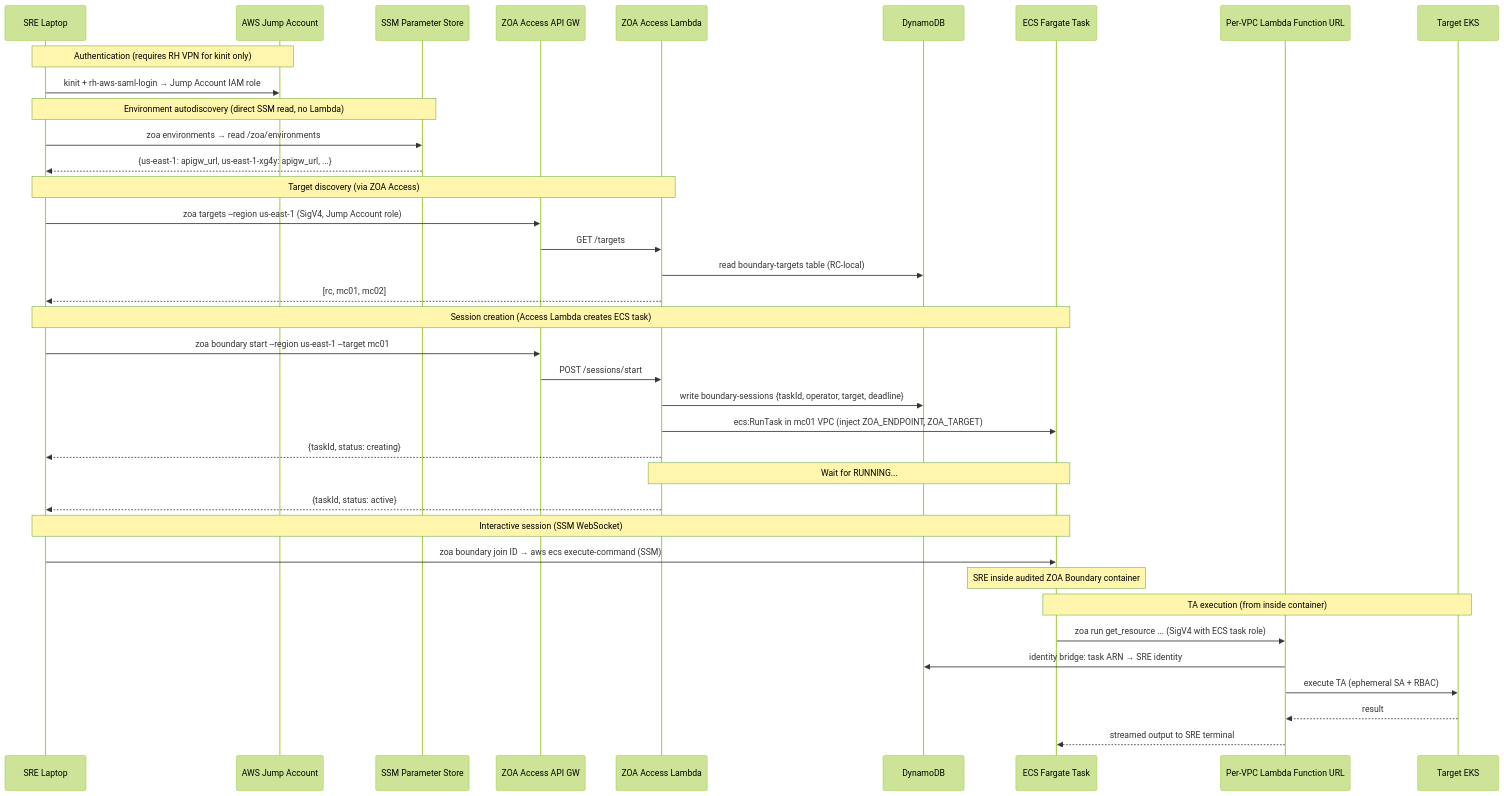
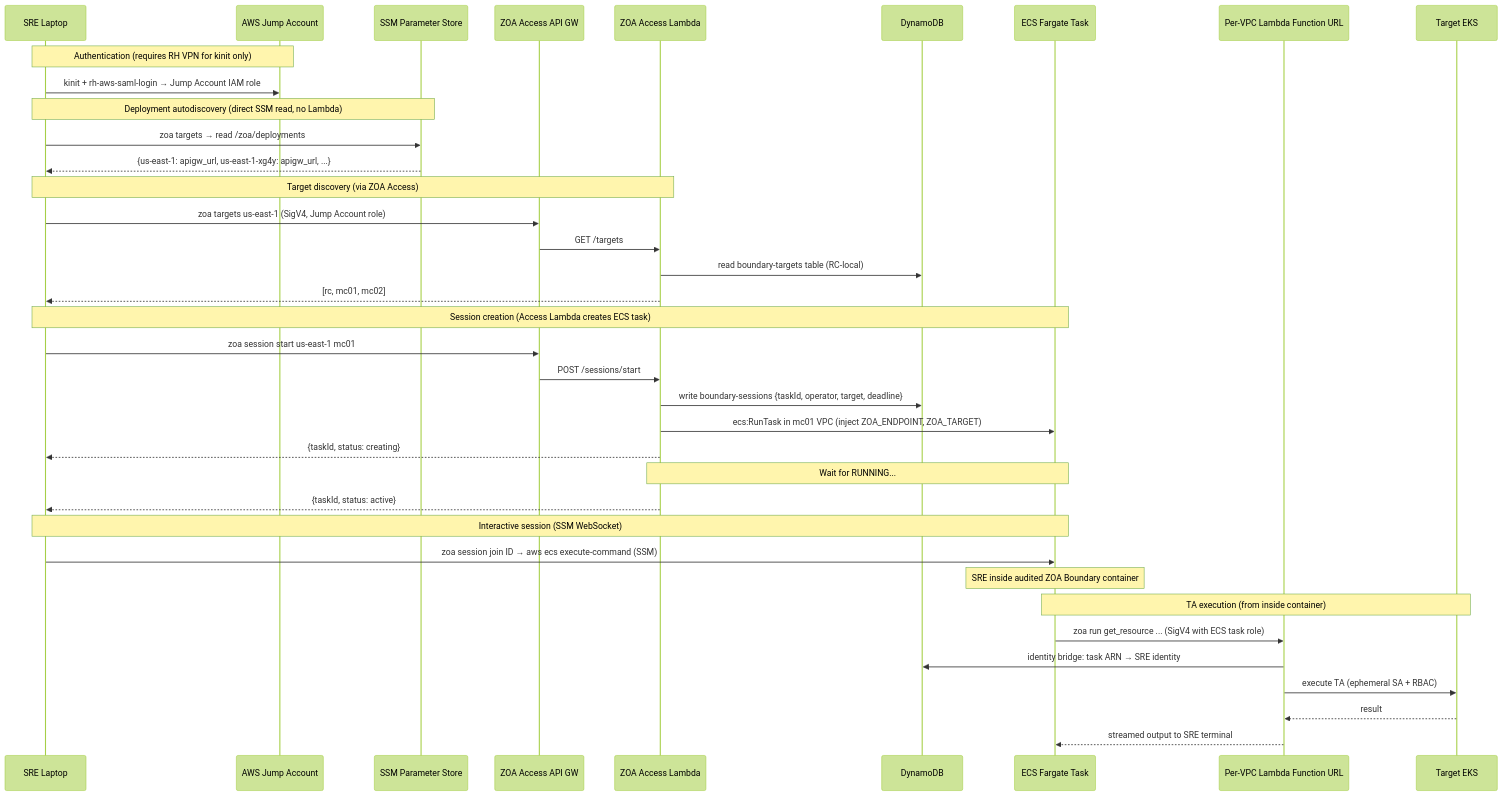
Before and after one commit to slopezz/rosa-hyperfleet-zoa: the first of 5 diagrams in docs/design/zoa-boundary-epic-plan.md, drawn with Mermaid (forest theme). The commit also changed other lines of this file, not shown here.

First line of the commit message:
docs: finalize CLI naming — targets, session, deployment_name

````diff
--- a/docs/design/zoa-boundary-epic-plan.md
+++ b/docs/design/zoa-boundary-epic-plan.md
@@ -25,45 +25,45 @@
 ```mermaid
 sequenceDiagram
     participant SRE as SRE Laptop
     participant JA as AWS Jump Account
     participant PS as SSM Parameter Store
     participant AGW as ZOA Access API GW
     participant AL as ZOA Access Lambda
     participant DDB as DynamoDB
     participant ECS as ECS Fargate Task
     participant FU as Per-VPC Lambda Function URL
     participant EKS as Target EKS
 
     Note over SRE,JA: Authentication (requires RH VPN for kinit only)
     SRE->>JA: kinit + rh-aws-saml-login → Jump Account IAM role
 
-    Note over SRE,PS: Environment autodiscovery (direct SSM read, no Lambda)
-    SRE->>PS: zoa environments → read /zoa/environments
+    Note over SRE,PS: Deployment autodiscovery (direct SSM read, no Lambda)
+    SRE->>PS: zoa targets → read /zoa/deployments
     PS-->>SRE: {us-east-1: apigw_url, us-east-1-xg4y: apigw_url, ...}
 
     Note over SRE,AL: Target discovery (via ZOA Access)
-    SRE->>AGW: zoa targets --region us-east-1 (SigV4, Jump Account role)
+    SRE->>AGW: zoa targets us-east-1 (SigV4, Jump Account role)
     AGW->>AL: GET /targets
     AL->>DDB: read boundary-targets table (RC-local)
     AL-->>SRE: [rc, mc01, mc02]
 
     Note over SRE,ECS: Session creation (Access Lambda creates ECS task)
-    SRE->>AGW: zoa boundary start --region us-east-1 --target mc01
+    SRE->>AGW: zoa session start us-east-1 mc01
     AGW->>AL: POST /sessions/start
     AL->>DDB: write boundary-sessions {taskId, operator, target, deadline}
     AL->>ECS: ecs:RunTask in mc01 VPC (inject ZOA_ENDPOINT, ZOA_TARGET)
     AL-->>SRE: {taskId, status: creating}
     Note over AL,ECS: Wait for RUNNING...
     AL-->>SRE: {taskId, status: active}
 
     Note over SRE,ECS: Interactive session (SSM WebSocket)
-    SRE->>ECS: zoa boundary join ID → aws ecs execute-command (SSM)
+    SRE->>ECS: zoa session join ID → aws ecs execute-command (SSM)
     Note over ECS: SRE inside audited ZOA Boundary container
 
     Note over ECS,EKS: TA execution (from inside container)
     ECS->>FU: zoa run get_resource ... (SigV4 with ECS task role)
     FU->>DDB: identity bridge: task ARN → SRE identity
     FU->>EKS: execute TA (ephemeral SA + RBAC)
     EKS-->>FU: result
     FU-->>ECS: streamed output to SRE terminal
 ```
````
